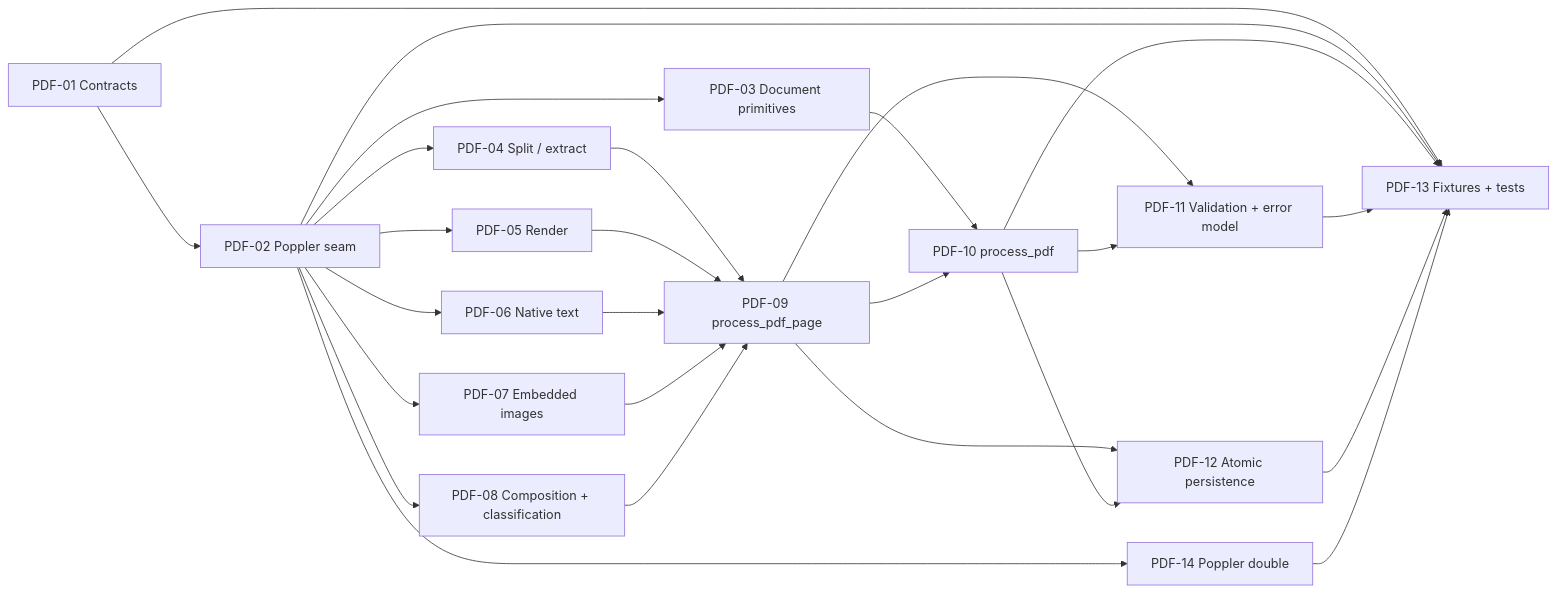
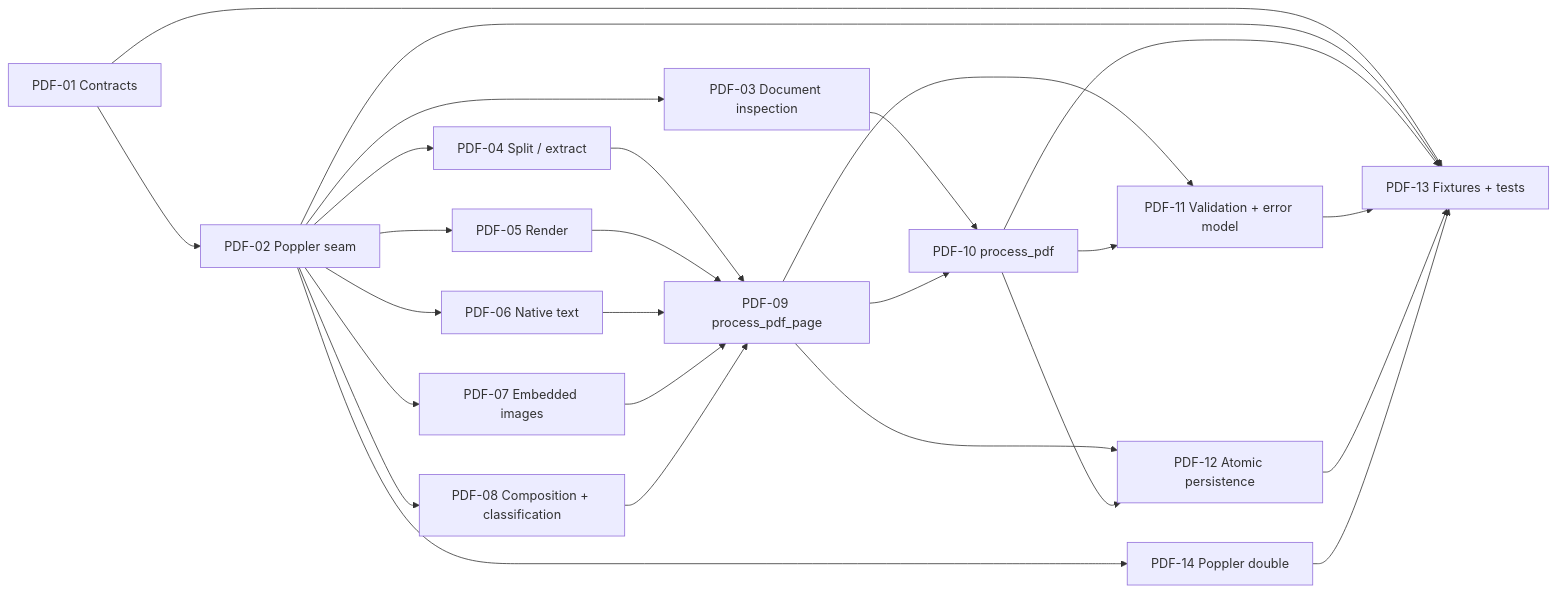
One commit to mariogarcia-ar/docflow changed the diagram in docs/plan/issues/wbs-procesador-pdf.md. Above: the diagram before and after it, drawn with Mermaid. The commit also changed other lines of this file and 12 other files, not shown here.

````diff
--- a/docs/plan/issues/wbs-procesador-pdf.md
+++ b/docs/plan/issues/wbs-procesador-pdf.md
@@ -286,28 +286,28 @@
 ```mermaid
 flowchart LR
     PDF01["PDF-01 Contracts"] --> PDF02["PDF-02 Poppler seam"]
-    PDF02 --> PDF03["PDF-03 Document primitives"]
+    PDF02 --> PDF03["PDF-03 Document inspection"]
     PDF02 --> PDF04["PDF-04 Split / extract"]
     PDF02 --> PDF05["PDF-05 Render"]
     PDF02 --> PDF06["PDF-06 Native text"]
     PDF02 --> PDF07["PDF-07 Embedded images"]
     PDF02 --> PDF08["PDF-08 Composition + classification"]
     PDF04 --> PDF09["PDF-09 process_pdf_page"]
     PDF05 --> PDF09
     PDF06 --> PDF09
     PDF07 --> PDF09
     PDF08 --> PDF09
     PDF03 --> PDF10["PDF-10 process_pdf"]
     PDF09 --> PDF10
     PDF09 --> PDF11["PDF-11 Validation + error model"]
     PDF10 --> PDF11
     PDF09 --> PDF12["PDF-12 Atomic persistence"]
     PDF10 --> PDF12
     PDF01 --> PDF13["PDF-13 Fixtures + tests"]
     PDF02 --> PDF13
     PDF10 --> PDF13
     PDF11 --> PDF13
     PDF12 --> PDF13
     PDF02 --> PDF14["PDF-14 Poppler double"]
     PDF14 --> PDF13
 ```
````
